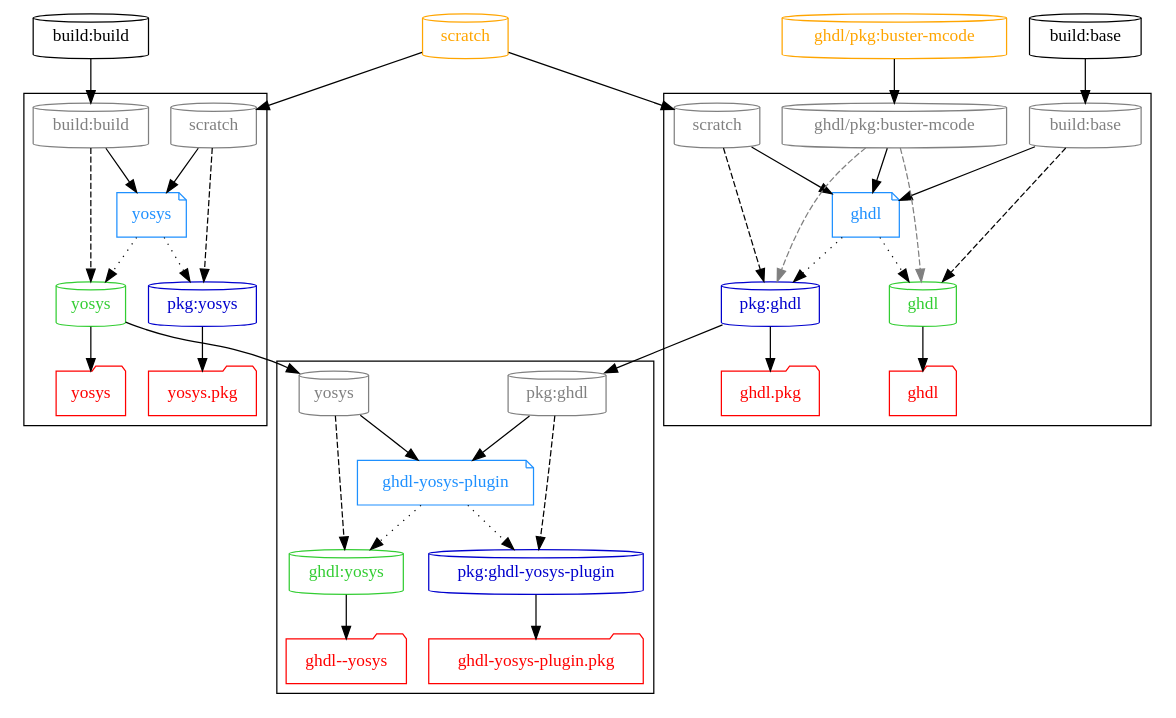
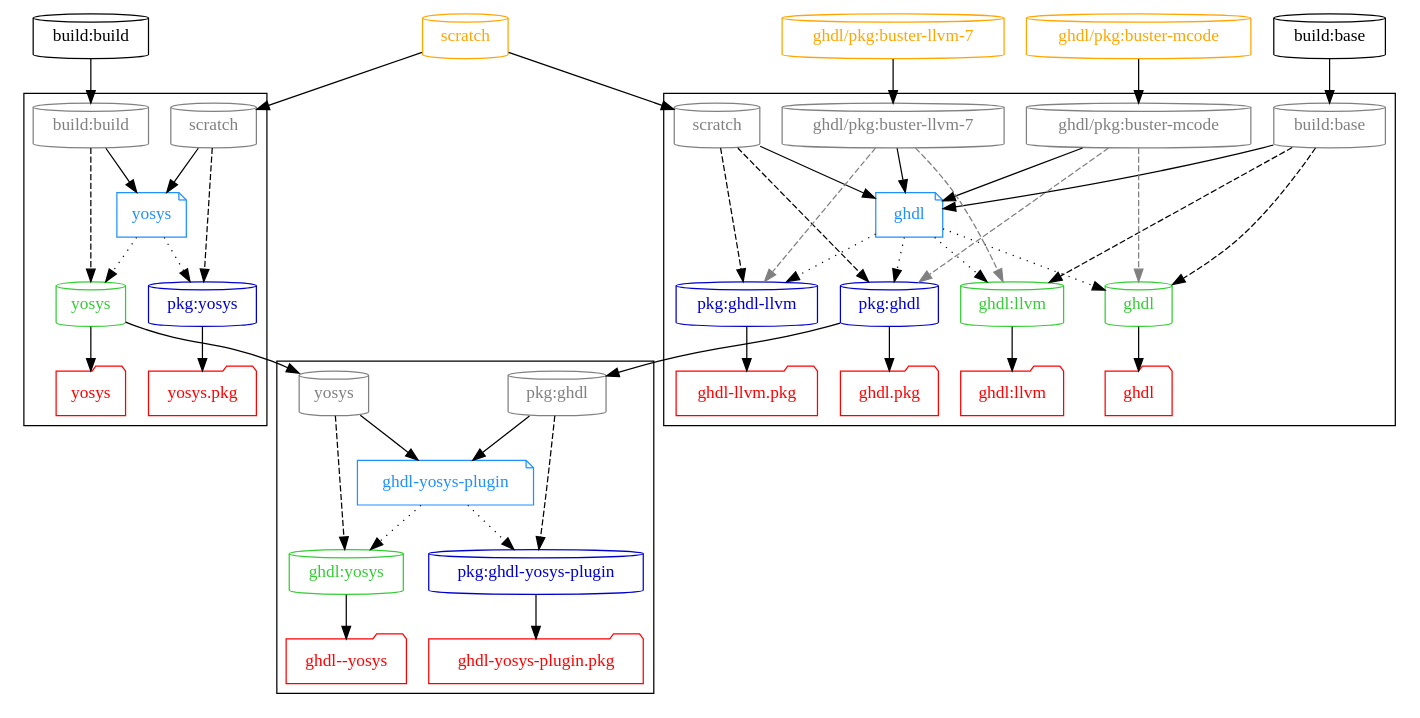
One commit to hdl/containers changed the diagram in graph/synth.dot. Above: the diagram before and after it, drawn with Graphviz. The commit also changed 6 other files, not shown here.

Commit message:
ghdl: provide LLVM backend too

```diff
--- a/graph/synth.dot
+++ b/graph/synth.dot
@@ -1,170 +1,186 @@
 # Authors:
 #   Unai Martinez-Corral
 #
 # Copyright 2019-2021 Unai Martinez-Corral <unai.martinezcorral@ehu.eus>
 #
 # Licensed under the Apache License, Version 2.0 (the "License");
 # you may not use this file except in compliance with the License.
 # You may obtain a copy of the License at
 #
 #     http://www.apache.org/licenses/LICENSE-2.0
 #
 # Unless required by applicable law or agreed to in writing, software
 # distributed under the License is distributed on an "AS IS" BASIS,
 # WITHOUT WARRANTIES OR CONDITIONS OF ANY KIND, either express or implied.
 # See the License for the specific language governing permissions and
 # limitations under the License.
 #
 # SPDX-License-Identifier: Apache-2.0
 
 digraph G {
 
   #splines=polyline; #curved
   newrank=true;
 
   # Dockerfiles
 
   { node [shape=note, color=dodgerblue, fontcolor=dodgerblue]
     d_ghdl             [label="ghdl"];
     d_ghdlYosysPlugin  [label="ghdl-yosys-plugin"];
     d_yosys            [label="yosys"];
   }
 
   # Images
 
   { node [shape=cylinder]
     "build:base"
     "build:build"
     { node [color=limegreen, fontcolor=limegreen]
       "ghdl"
+      "ghdl:llvm"
       "ghdl:yosys"
       "yosys"
     }
     { node [color=mediumblue, fontcolor=mediumblue]
       "pkg:ghdl"
+      "pkg:ghdl-llvm"
       "pkg:ghdl-yosys-plugin"
       "pkg:yosys"
     }
   }
 
   # External images
 
   { node [shape=cylinder, color=orange, fontcolor=orange]
     "scratch"
-    "ghdl/pkg:buster-mcode";
+    "ghdl/pkg:buster-mcode"
+    "ghdl/pkg:buster-llvm-7";
   }
 
   { rank=same
     "build:base"
     "build:build"
     "scratch"
     "ghdl/pkg:buster-mcode"
+    "ghdl/pkg:buster-llvm-7"
   }
 
   # Workflows
 
   subgraph cluster_ghdl {
     { rank=same
       node [shape=cylinder, color=grey, fontcolor=grey]
       "p_ghdl_build:base" [label="build:base"]
       "p_ghdl_scratch" [label="scratch"]
       "p_ghdl_buster" [label="ghdl/pkg:buster-mcode"]
+      "p_ghdl_buster-llvm" [label="ghdl/pkg:buster-llvm-7"]
     }
 
     d_ghdl -> { rank=same
       "ghdl",
-      "pkg:ghdl"
+      "ghdl:llvm",
+      "pkg:ghdl",
+      "pkg:ghdl-llvm"
     } [style=dotted];
 
     { rank=same
       node [shape=folder, color=red, fontcolor=red];
       "t_ghdl" [label="ghdl"];
+      "t_ghdl:llvm" [label="ghdl:llvm"];
       "t_pkg:ghdl" [label="ghdl.pkg"];
+      "t_pkg:ghdl-llvm" [label="ghdl-llvm.pkg"];
     }
 
     "ghdl" -> "t_ghdl";
+    "ghdl:llvm" -> "t_ghdl:llvm";
     "pkg:ghdl" -> "t_pkg:ghdl";
+    "pkg:ghdl-llvm" -> "t_pkg:ghdl-llvm";
   }
 
   subgraph cluster_ghdlYosysPlugin {
     { rank=same
       node [shape=cylinder, color=grey, fontcolor=grey]
       "p_ghdl-yosys-plugin_yosys" [label="yosys"]
       "p_ghdl-yosys-plugin_pkg:ghdl" [label="pkg:ghdl"]
     }
 
     d_ghdlYosysPlugin -> { rank=same
       "pkg:ghdl-yosys-plugin",
       "ghdl:yosys"
     } [style=dotted];
 
     { rank=same
       node [shape=folder, color=red, fontcolor=red];
       "t_pkg:ghdl-yosys-plugin" [label="ghdl-yosys-plugin.pkg"];
       "t_ghdl:yosys" [label="ghdl--yosys"];
     }
 
     "pkg:ghdl-yosys-plugin" -> "t_pkg:ghdl-yosys-plugin";
     "ghdl:yosys" -> "t_ghdl:yosys";
   }
 
   subgraph cluster_yosys {
     { rank=same
       node [shape=cylinder, color=grey, fontcolor=grey]
       "p_yosys_build:build" [label="build:build"]
       "p_yosys_scratch" [label="scratch"]
     }
 
     d_yosys -> { rank=same
       "pkg:yosys",
       "yosys"
     } [style=dotted];
 
     { rank=same
       node [shape=folder, color=red, fontcolor=red];
       "t_yosys" [label="yosys"];
       "t_pkg:yosys" [label="yosys.pkg"];
     }
 
     "yosys" -> "t_yosys";
     "pkg:yosys" -> "t_pkg:yosys";
   }
 
   { rank=same
     d_ghdl
     d_yosys
   }
 
   # Dockerfile dependencies
 
   "scratch" -> "p_ghdl_scratch" -> d_ghdl;
   "ghdl/pkg:buster-mcode" -> "p_ghdl_buster" -> d_ghdl;
+  "ghdl/pkg:buster-llvm-7" -> "p_ghdl_buster-llvm" -> d_ghdl;
   "build:base" -> "p_ghdl_build:base" -> d_ghdl;
 
   "pkg:ghdl" -> "p_ghdl-yosys-plugin_pkg:ghdl" -> d_ghdlYosysPlugin;
   "yosys" -> "p_ghdl-yosys-plugin_yosys" -> d_ghdlYosysPlugin;
 
   "build:build" -> "p_yosys_build:build" -> d_yosys;
   "scratch" -> "p_yosys_scratch" -> d_yosys;
 
   # Image dependencies
 
   { edge [style=dashed]
-    "p_ghdl_scratch" -> "pkg:ghdl";
-    "p_ghdl_build:base" -> "ghdl";
+    "p_ghdl_scratch" -> { "pkg:ghdl", "pkg:ghdl-llvm" };
+    "p_ghdl_build:base" -> { "ghdl", "ghdl:llvm" };
 
     "p_yosys_scratch" -> "pkg:yosys";
     "p_yosys_build:build" -> "yosys";
 
     "p_ghdl-yosys-plugin_yosys" -> "ghdl:yosys";
     "p_ghdl-yosys-plugin_pkg:ghdl" -> "pkg:ghdl-yosys-plugin";
   }
 
   { edge [style=dashed, color=grey]
     "p_ghdl_buster" -> {
       "ghdl",
       "pkg:ghdl"
     };
+    "p_ghdl_buster-llvm" -> {
+      "ghdl:llvm",
+      "pkg:ghdl-llvm"
+    };
   }
 
 }
```
